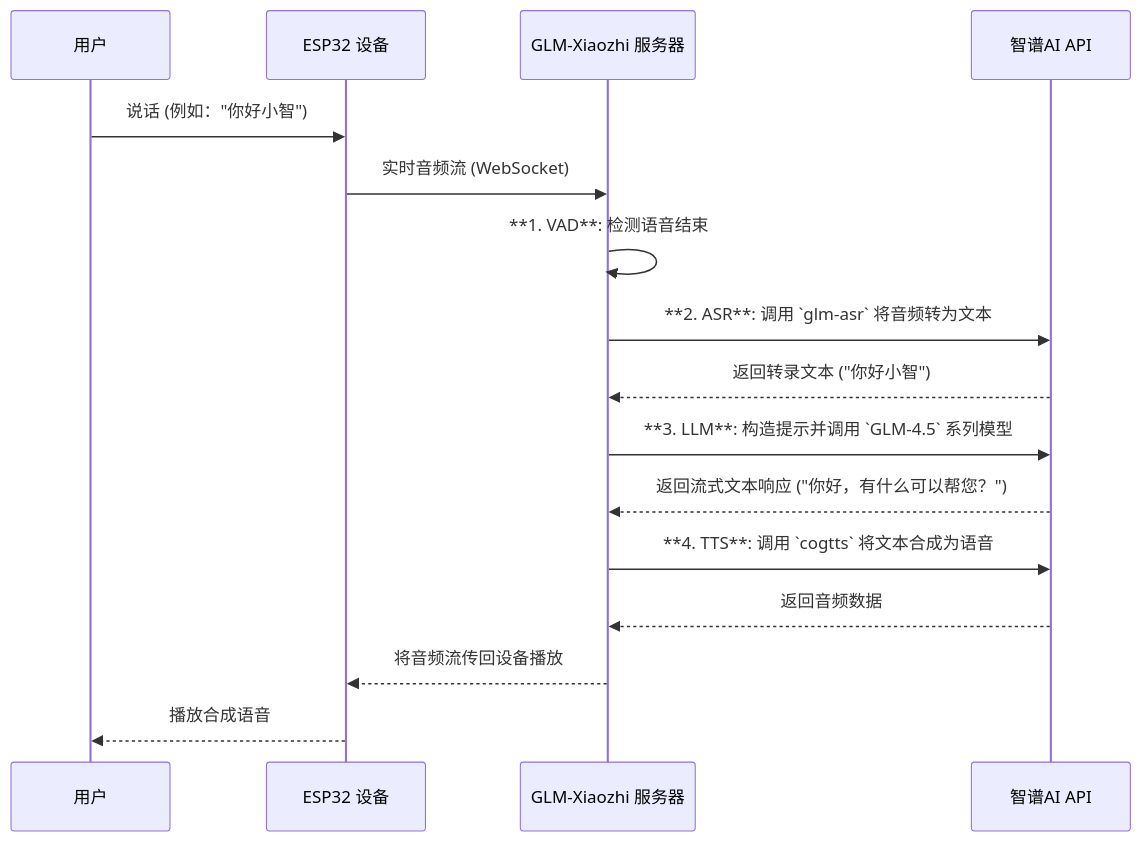
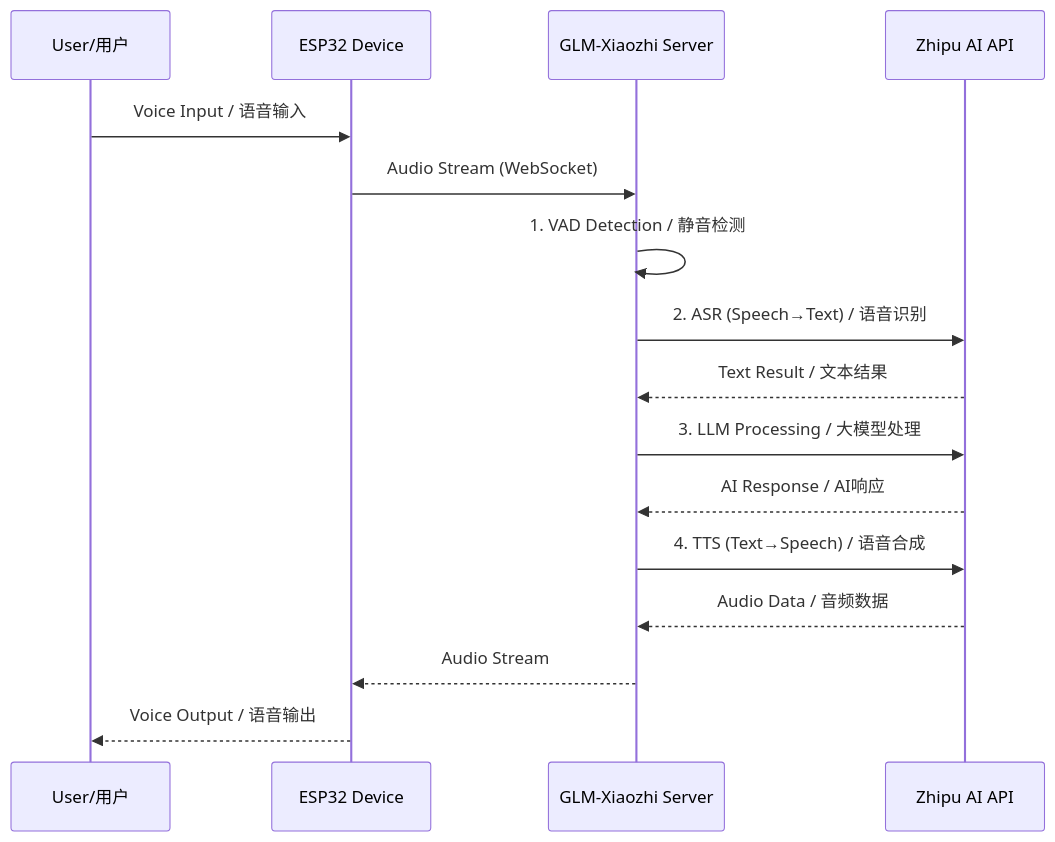
Before and after one commit to zshi719/GLM-Xiaozhi: the second of 3 diagrams in README.md, drawn with Mermaid. The commit also changed other lines of this file, not shown here.

````diff
--- a/README.md
+++ b/README.md
@@ -205,19 +113,19 @@
 ```mermaid
 sequenceDiagram
-    participant User as 用户
-    participant ESP32_Device as ESP32 设备
-    participant GLM_Xiaozhi_Server as GLM-Xiaozhi 服务器
-    participant ZhipuAI_API as 智谱AI API
+    participant User as User/用户
+    participant ESP32 as ESP32 Device
+    participant Server as GLM-Xiaozhi Server
+    participant AI as Zhipu AI API
 
-    User->>ESP32_Device: 说话 (例如："你好小智")
-    ESP32_Device->>GLM_Xiaozhi_Server: 实时音频流 (WebSocket)
-    GLM_Xiaozhi_Server->>GLM_Xiaozhi_Server: **1. VAD**: 检测语音结束
-    GLM_Xiaozhi_Server->>ZhipuAI_API: **2. ASR**: 调用 `glm-asr` 将音频转为文本
-    ZhipuAI_API-->>GLM_Xiaozhi_Server: 返回转录文本 ("你好小智")
-    GLM_Xiaozhi_Server->>ZhipuAI_API: **3. LLM**: 构造提示并调用 `GLM-4.5` 系列模型
-    ZhipuAI_API-->>GLM_Xiaozhi_Server: 返回流式文本响应 ("你好，有什么可以帮您？")
-    GLM_Xiaozhi_Server->>ZhipuAI_API: **4. TTS**: 调用 `cogtts` 将文本合成为语音
-    ZhipuAI_API-->>GLM_Xiaozhi_Server: 返回音频数据
-    GLM_Xiaozhi_Server-->>ESP32_Device: 将音频流传回设备播放
-    ESP32_Device-->>User: 播放合成语音
+    User->>ESP32: Voice Input / 语音输入
+    ESP32->>Server: Audio Stream (WebSocket)
+    Server->>Server: 1. VAD Detection / 静音检测
+    Server->>AI: 2. ASR (Speech→Text) / 语音识别
+    AI-->>Server: Text Result / 文本结果
+    Server->>AI: 3. LLM Processing / 大模型处理
+    AI-->>Server: AI Response / AI响应
+    Server->>AI: 4. TTS (Text→Speech) / 语音合成
+    AI-->>Server: Audio Data / 音频数据
+    Server-->>ESP32: Audio Stream
+    ESP32-->>User: Voice Output / 语音输出
 ```
````
